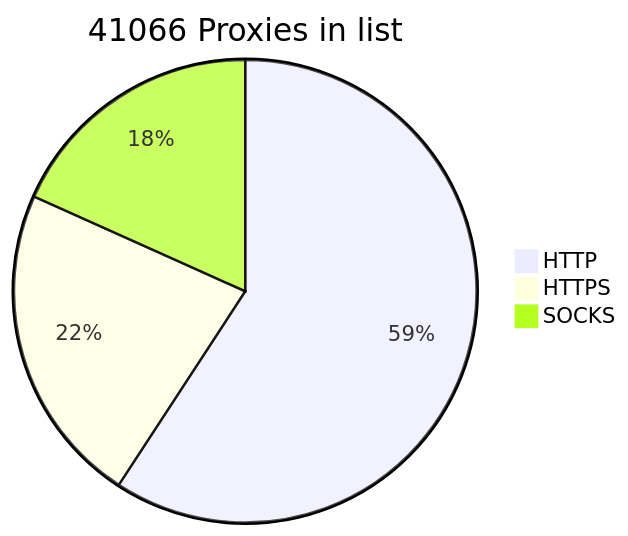
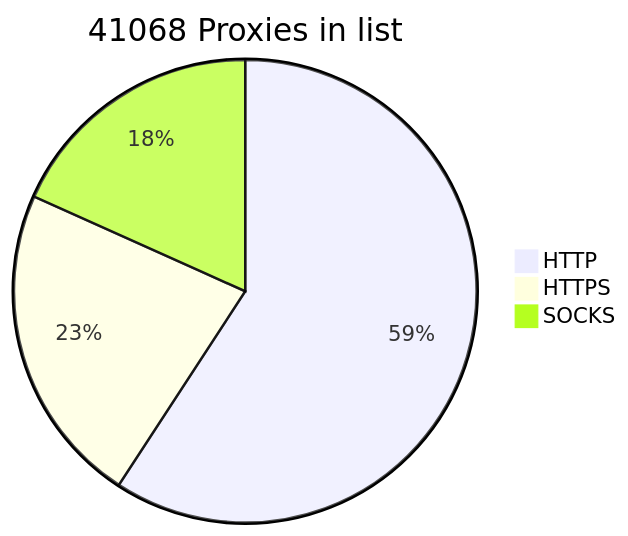
The diagram in README.md (BlackSnowDot/proxylist-update-every-minute), drawn with Mermaid before and after one commit.

````diff
--- a/README.md
+++ b/README.md
@@ -2,6 +2,6 @@
 ```mermaid
-pie title 41066 Proxies in list
-    "HTTP" : 28498
-    "HTTPS": 10828
-    "SOCKS" : 8806
+pie title 41068 Proxies in list
+    "HTTP" : 28501
+    "HTTPS": 10834
+    "SOCKS" : 8807
 ```
````
